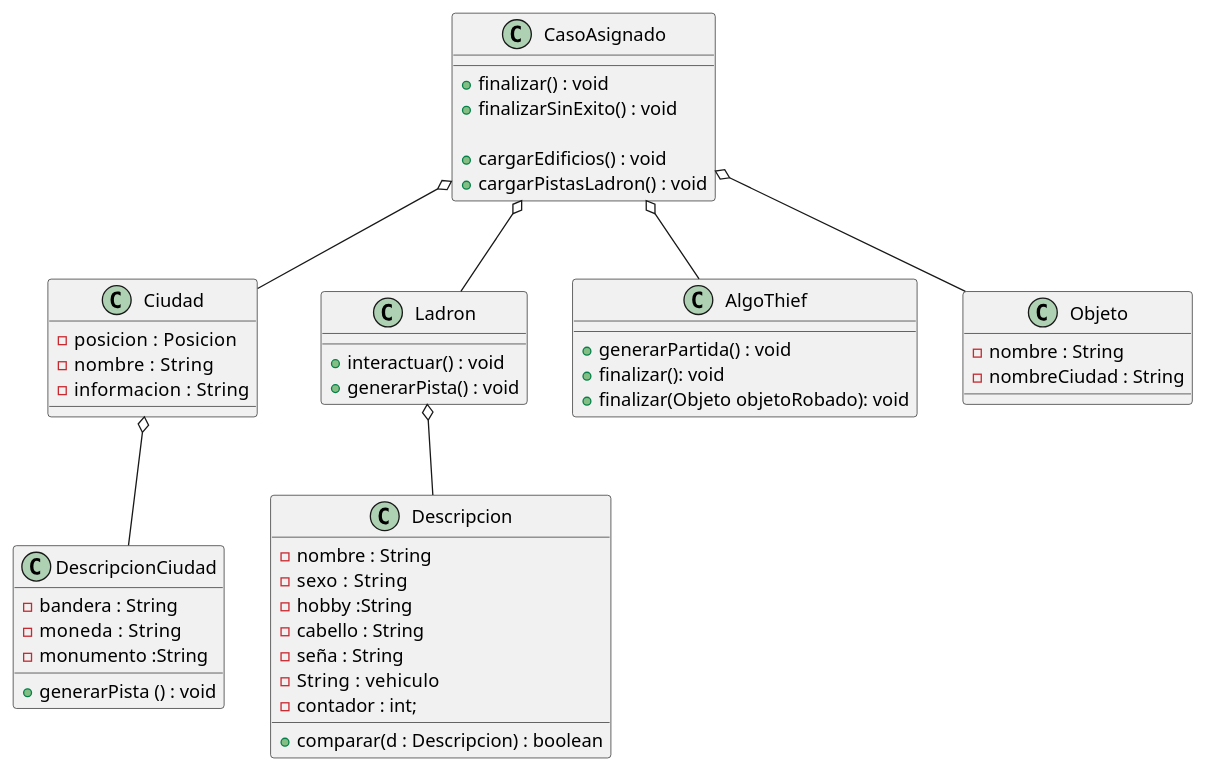
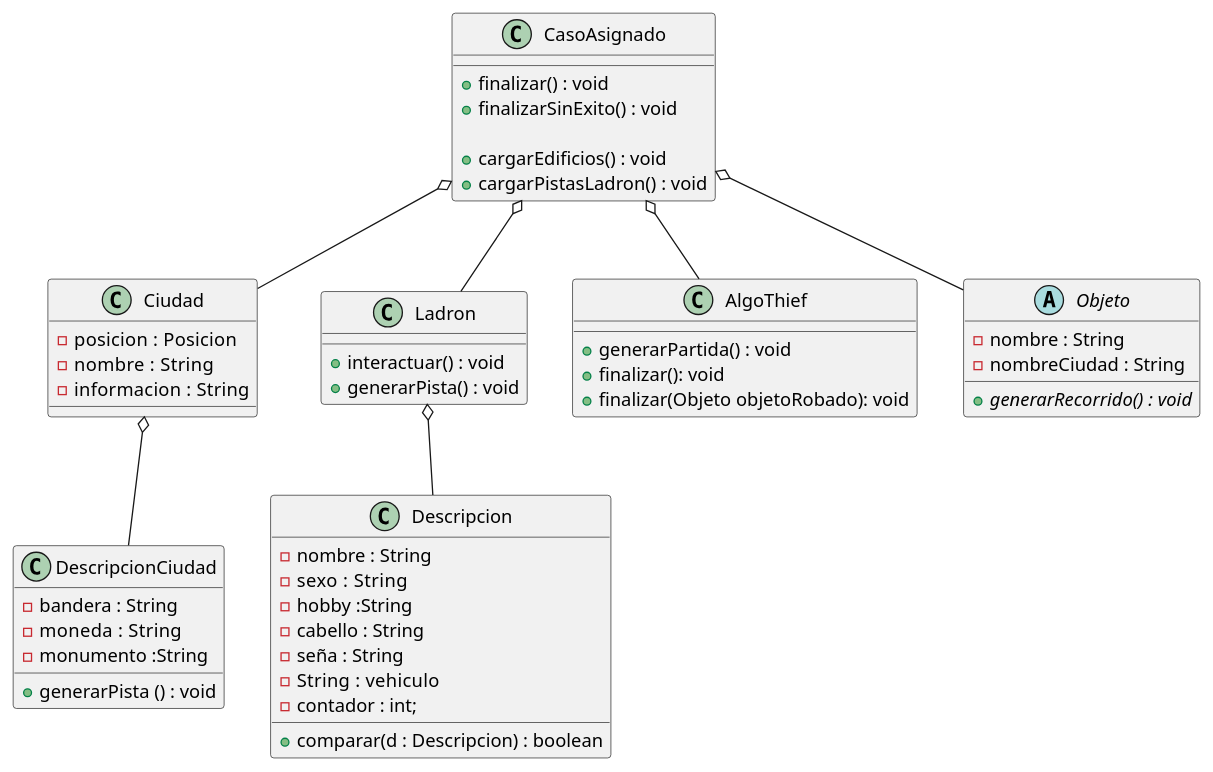
The diagram in diagrams/classes/diagrama_clases_casoAsignado.puml (martinanus/algo3_tp2), drawn with PlantUML before and after one commit.

Commit message:
correcion dc casoAsign

```diff
--- a/diagrams/classes/diagrama_clases_casoAsignado.puml
+++ b/diagrams/classes/diagrama_clases_casoAsignado.puml
@@ -1,64 +1,65 @@
 @startuml
 
 class CasoAsignado {
     + finalizar() : void
     + finalizarSinExito() : void
 
     + cargarEdificios() : void
     + cargarPistasLadron() : void
 }
 
 class AlgoThief {
  + generarPartida() : void
  + finalizar(): void
  + finalizar(Objeto objetoRobado): void
 }
 
-class Objeto {
+abstract class Objeto {
     -  nombre : String
     -  nombreCiudad : String
+    + {abstract} generarRecorrido() : void
 
 }
 
 class Ladron {
     + interactuar() : void
     + generarPista() : void
 
 }
 
 class Ciudad{
     - posicion :  Posicion
     - nombre :  String
     - informacion :  String
 
 
 }
 
 class DescripcionCiudad{
             - bandera : String
         - moneda  : String
         - monumento :String
         + generarPista () : void
 }
 
 class Descripcion{
     - nombre : String
     - sexo  : String
     - hobby :String
     -  cabello : String
     - seña : String
     - String  : vehiculo
     -  contador : int;
     + comparar(d : Descripcion) : boolean
 
 
 }
 
 AlgoThief --upo CasoAsignado
 Objeto --upo CasoAsignado
 Ciudad --upo CasoAsignado
 Ladron --upo CasoAsignado
 Descripcion --upo Ladron
 DescripcionCiudad --upo Ciudad
 
 @enduml
```
